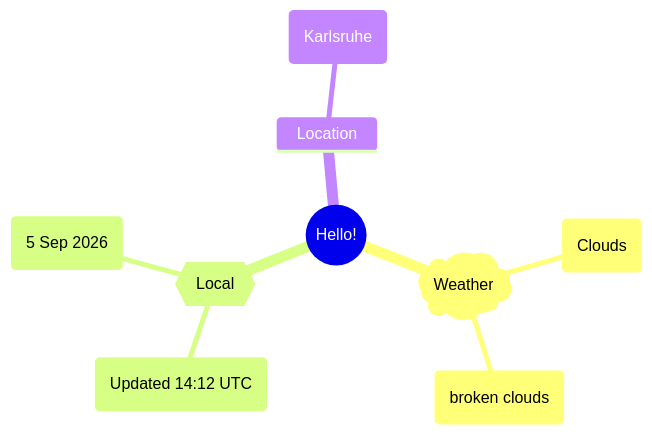
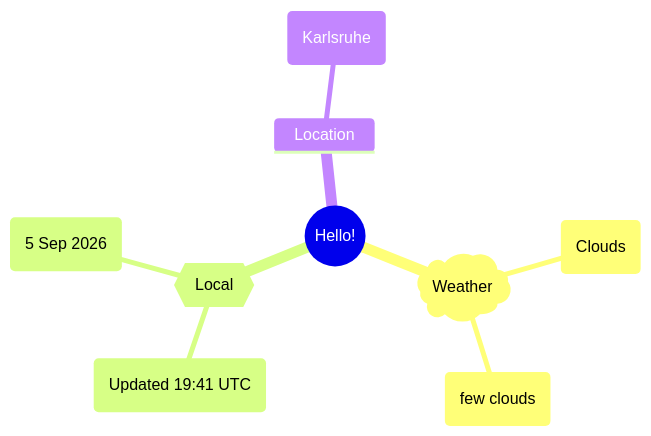
Before and after one commit to Xosrov/Xosrov: the first of 2 diagrams in README.md, drawn with Mermaid.

Commit message:
[bot] updated images

````diff
--- a/README.md
+++ b/README.md
@@ -3,12 +3,12 @@
 ```mermaid
 mindmap
   root((Hello!))
     )Weather(
         (Clouds)
-        (broken clouds)
+        (few clouds)
     {{Local}}
-        (Updated 14:12 UTC)
+        (Updated 19:41 UTC)
         (5 Sep 2026)
     Location
         (Karlsruhe)
 ```
````
